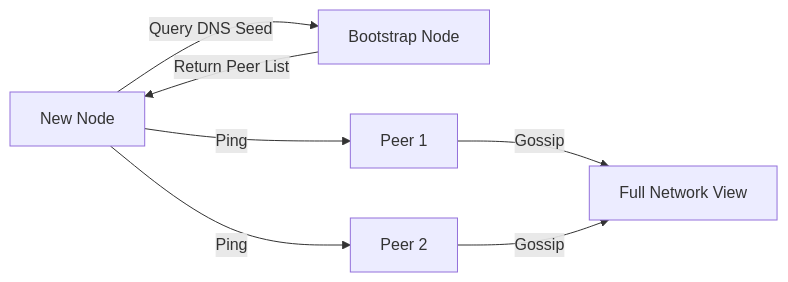
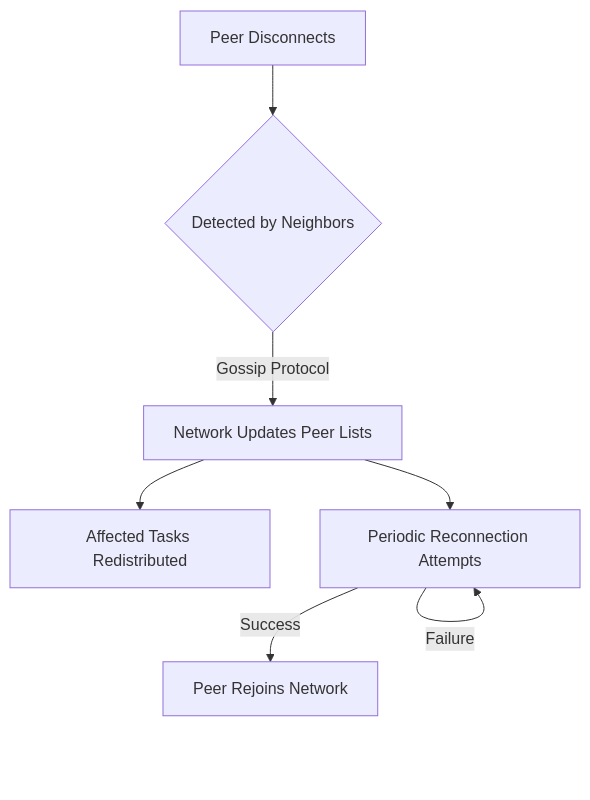
Before and after one commit to amschel99/Mesh: the third of 9 diagrams in paper.md, drawn with Mermaid. The commit also changed other lines of this file, not shown here.

````diff
--- a/paper.md
+++ b/paper.md
@@ -70,8 +178,9 @@
 ```mermaid
-flowchart LR
-    A[New Node] -->|Query DNS Seed| B[Bootstrap Node]
-    B -->|Return Peer List| A
-    A -->|Ping| C[Peer 1]
-    A -->|Ping| D[Peer 2]
-    C & D -->|Gossip| E[Full Network View]
+flowchart TD
+    A[Peer Disconnects] --> B{Detected by Neighbors}
+    B -->|Gossip Protocol| C[Network Updates Peer Lists]
+    C --> D[Affected Tasks Redistributed]
+    C --> E[Periodic Reconnection Attempts]
+    E -->|Success| F[Peer Rejoins Network]
+    E -->|Failure| E
 ```
````
